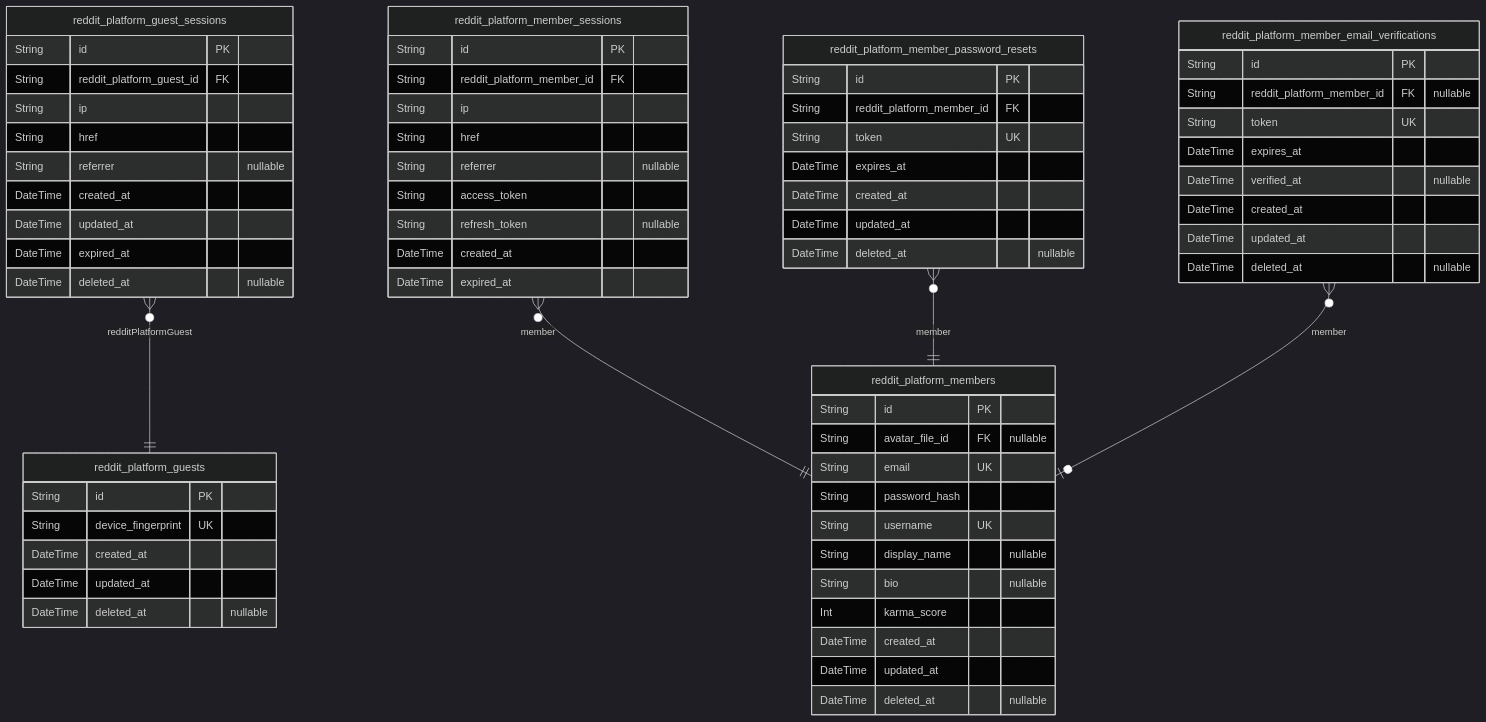
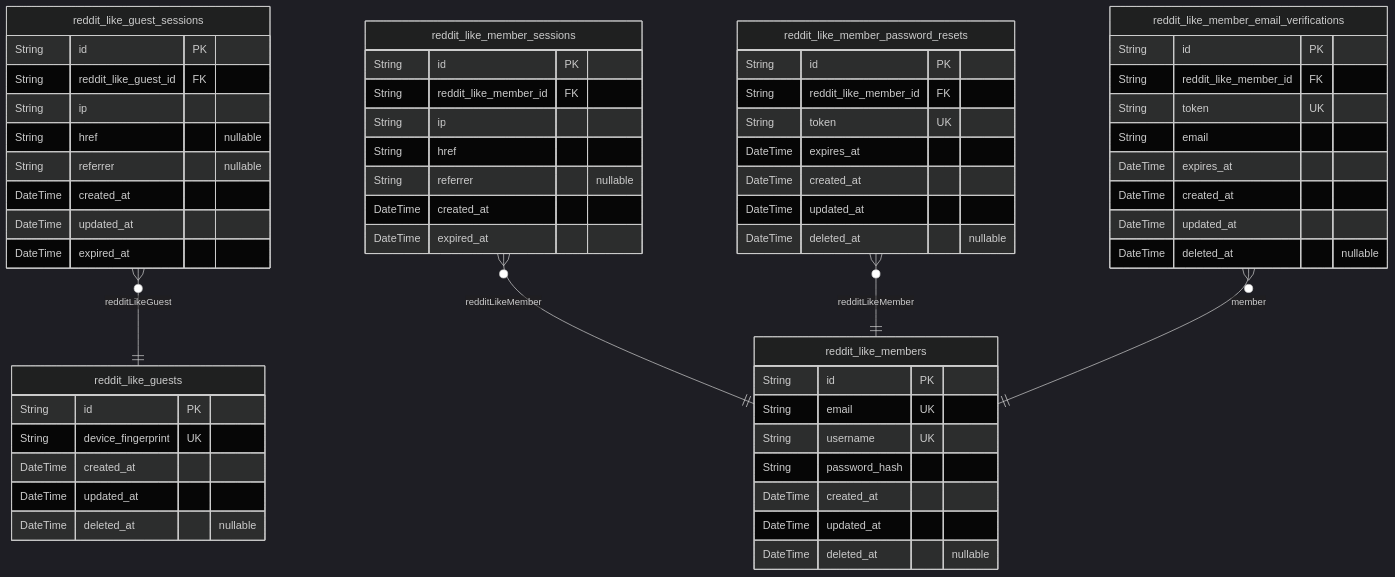
One commit to wrtnlabs/autobe-examples changed the first of 2 diagrams in qwen/qwen3.5-122b-a10b/reddit/docs/ERD.md. Above: the diagram before and after it, drawn with Mermaid (dark theme). The commit also changed other lines of this file and 32093 other files, not shown here.

````diff
--- a/qwen/qwen3.5-122b-a10b/reddit/docs/ERD.md
+++ b/qwen/qwen3.5-122b-a10b/reddit/docs/ERD.md
@@ -14,68 +10,61 @@
 ```mermaid
 erDiagram
-"reddit_platform_guests" {
+"reddit_like_guests" {
   String id PK
   String device_fingerprint UK
   DateTime created_at
   DateTime updated_at
   DateTime deleted_at "nullable"
 }
-"reddit_platform_guest_sessions" {
+"reddit_like_guest_sessions" {
   String id PK
-  String reddit_platform_guest_id FK
+  String reddit_like_guest_id FK
+  String ip
+  String href "nullable"
+  String referrer "nullable"
+  DateTime created_at
+  DateTime updated_at
+  DateTime expired_at
+}
+"reddit_like_members" {
+  String id PK
+  String email UK
+  String username UK
+  String password_hash
+  DateTime created_at
+  DateTime updated_at
+  DateTime deleted_at "nullable"
+}
+"reddit_like_member_sessions" {
+  String id PK
+  String reddit_like_member_id FK
   String ip
   String href
   String referrer "nullable"
   DateTime created_at
-  DateTime updated_at
-  DateTime expired_at
-  DateTime deleted_at "nullable"
-}
-"reddit_platform_members" {
-  String id PK
-  String avatar_file_id FK "nullable"
-  String email UK
-  String password_hash
-  String username UK
-  String display_name "nullable"
-  String bio "nullable"
-  Int karma_score
-  DateTime created_at
-  DateTime updated_at
-  DateTime deleted_at "nullable"
-}
-"reddit_platform_member_sessions" {
-  String id PK
-  String reddit_platform_member_id FK
-  String ip
-  String href
-  String referrer "nullable"
-  String access_token
-  String refresh_token "nullable"
-  DateTime created_at
   DateTime expired_at
 }
-"reddit_platform_member_password_resets" {
+"reddit_like_member_password_resets" {
   String id PK
-  String reddit_platform_member_id FK
+  String reddit_like_member_id FK
   String token UK
   DateTime expires_at
   DateTime created_at
   DateTime updated_at
   DateTime deleted_at "nullable"
 }
-"reddit_platform_member_email_verifications" {
+"reddit_like_member_email_verifications" {
   String id PK
-  String reddit_platform_member_id FK "nullable"
+  String reddit_like_member_id FK
   String token UK
+  String email
   DateTime expires_at
-  DateTime verified_at "nullable"
   DateTime created_at
   DateTime updated_at
   DateTime deleted_at "nullable"
 }
-"reddit_platform_guest_sessions" }o--|| "reddit_platform_guests" : redditPlatformGuest
-"reddit_platform_member_sessions" }o--|| "reddit_platform_members" : member
-"reddit_platform_member_password_resets" }o--|| "reddit_platform_members" : member
-"reddit_platform_member_email_verifications" }o--o| "reddit_platform_members" : member
+"reddit_like_guest_sessions" }o--|| "reddit_like_guests" : redditLikeGuest
+"reddit_like_member_sessions" }o--|| "reddit_like_members" : redditLikeMember
+"reddit_like_member_password_resets" }o--|| "reddit_like_members" : redditLikeMember
+"reddit_like_member_email_verifications" }o--|| "reddit_like_members" : member
 ```
````
